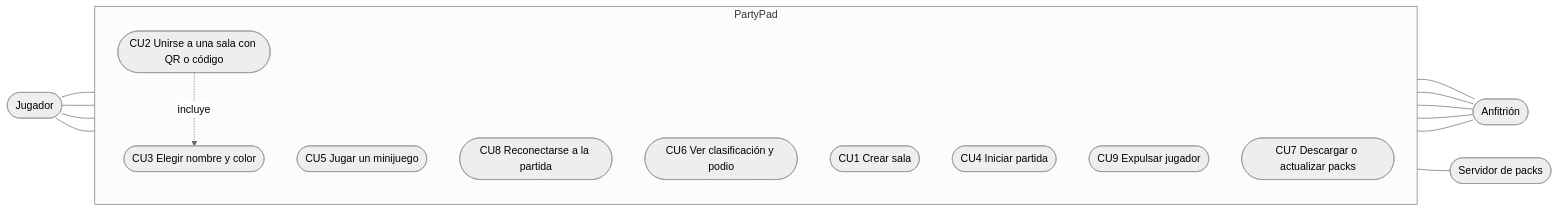
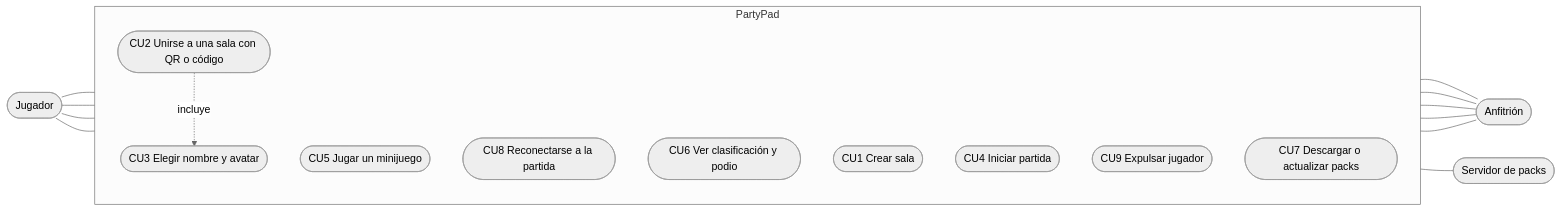
Before and after one commit to DanielGallegoMora1/PartyPad: the diagram in docs/01-enunciado.md, drawn with Mermaid (neutral theme). The commit also changed other lines of this file and 33 other files, not shown here.

````diff
--- a/docs/01-enunciado.md
+++ b/docs/01-enunciado.md
@@ -76,32 +76,32 @@
 ```mermaid
 flowchart LR
     JUG(["Jugador"])
 
     subgraph SISTEMA["PartyPad"]
         direction TB
         CU2(["CU2 Unirse a una sala con QR o código"])
-        CU3(["CU3 Elegir nombre y color"])
+        CU3(["CU3 Elegir nombre y avatar"])
         CU5(["CU5 Jugar un minijuego"])
         CU8(["CU8 Reconectarse a la partida"])
         CU6(["CU6 Ver clasificación y podio"])
         CU1(["CU1 Crear sala"])
         CU4(["CU4 Iniciar partida"])
         CU9(["CU9 Expulsar jugador"])
         CU7(["CU7 Descargar o actualizar packs"])
     end
 
     ANF(["Anfitrión"])
     SRV(["Servidor de packs"])
 
     JUG --- CU2
     JUG --- CU5
     JUG --- CU8
     JUG --- CU6
     CU2 -. "incluye" .-> CU3
     CU6 --- ANF
     CU1 --- ANF
     CU4 --- ANF
     CU9 --- ANF
     CU7 --- ANF
     CU7 --- SRV
 ```
````
